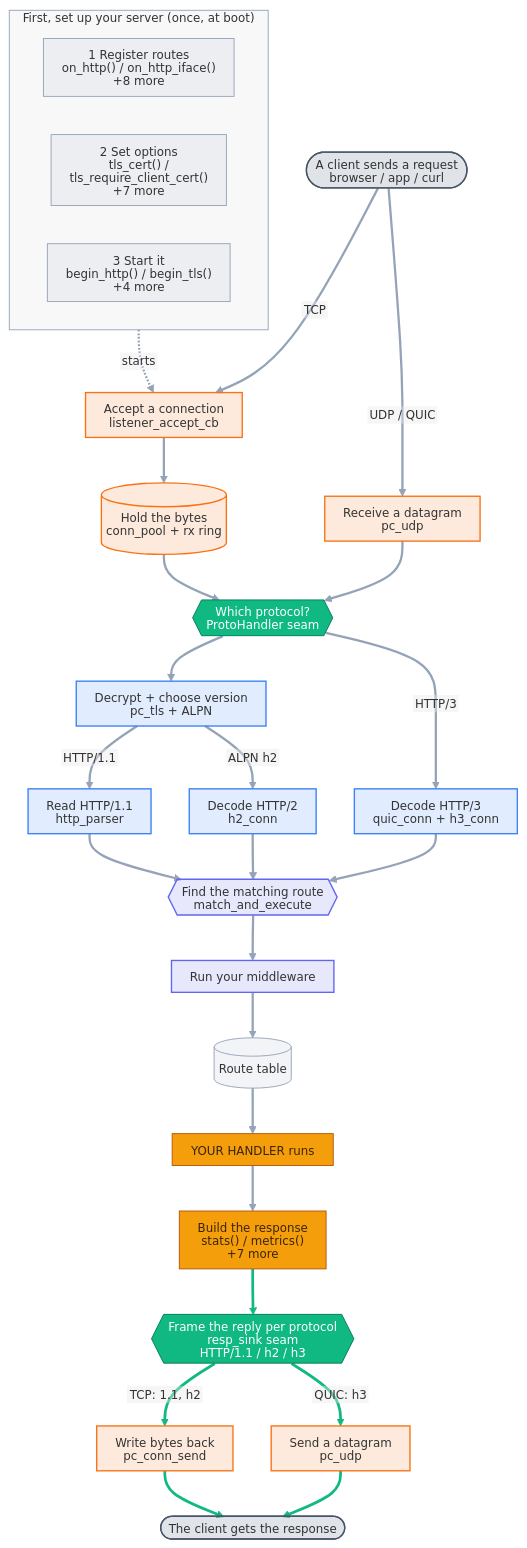
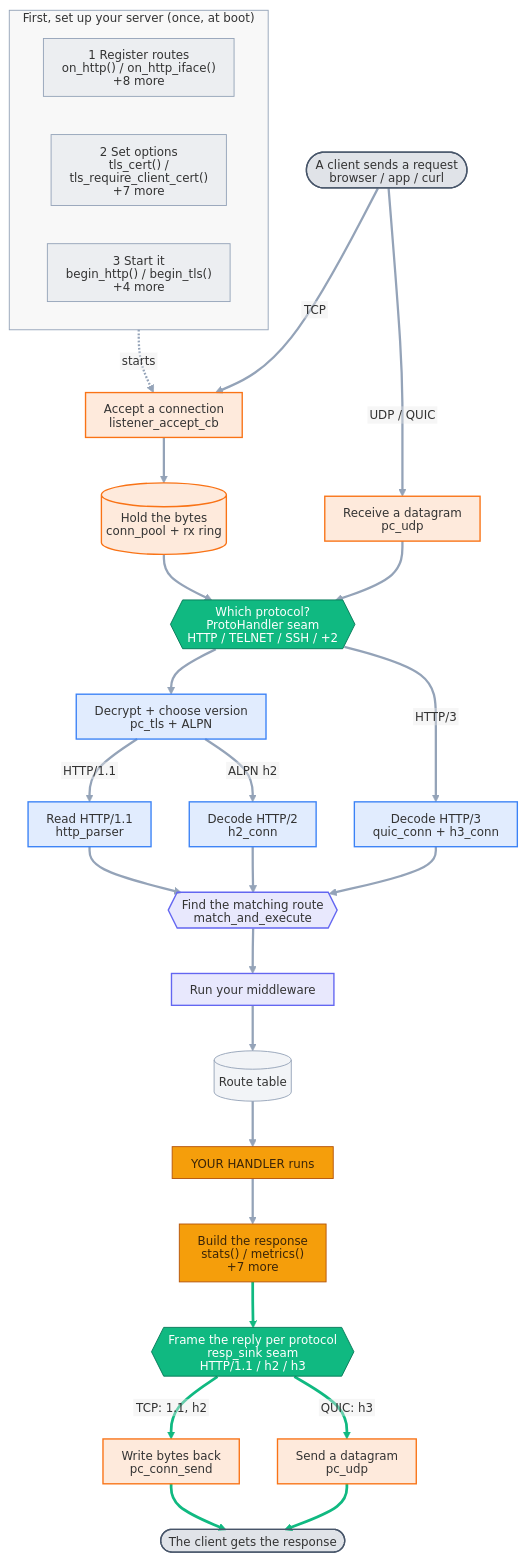
One commit to dstroy0/DeterministicESPAsyncWebServer changed the diagram in docs/diagrams/api_flow.mmd. Above: the diagram before and after it, drawn with Mermaid. The commit also changed 34 other files, not shown here.

```diff
--- a/docs/diagrams/api_flow.mmd
+++ b/docs/diagrams/api_flow.mmd
@@ -1,69 +1,69 @@
 %%{init: {'htmlLabels':false,'themeVariables':{'fontFamily':'sans-serif','fontSize':'13px','lineColor':'#94a3b8'},'flowchart':{'curve':'basis','nodeSpacing':42,'rankSpacing':50,'padding':10,'useMaxWidth':true,'htmlLabels':false}}}%%
 flowchart TB
-  %% Auto-generated from the public API, proto_builtins.cpp, and presentation/ on disk.
+  %% Auto-generated from the public API, proto_builtins.c, and presentation/ on disk.
   subgraph SETUP["First, set up your server (once, at boot)"]
     direction LR
     reg["1 Register routes<br/>on_http() / on_http_iface()<br/>+8 more"]
     cfg["2 Set options<br/>tls_cert() / tls_require_client_cert()<br/>+7 more"]
     run["3 Start it<br/>begin_http() / begin_tls()<br/>+4 more"]
   end
 
   cin(["A client sends a request<br/>browser / app / curl"])
   listen["Accept a connection<br/>listener_accept_cb"]
   ring[("Hold the bytes<br/>conn_pool + rx ring")]
   udprx["Receive a datagram<br/>pc_udp"]
-  seam{{"Which protocol?<br/>ProtoHandler seam<br/>"}}
+  seam{{"Which protocol?<br/>ProtoHandler seam<br/>HTTP / TELNET / SSH / +2"}}
   tls["Decrypt + choose version<br/>pc_tls + ALPN"]
   parser["Read HTTP/1.1<br/>http_parser"]
   h2["Decode HTTP/2<br/>h2_conn"]
   h3["Decode HTTP/3<br/>quic_conn + h3_conn"]
   mae{{"Find the matching route<br/>match_and_execute"}}
   mw["Run your middleware"]
   routes[("Route table")]
   handler["YOUR HANDLER runs"]
   resp["Build the response<br/>stats() / metrics()<br/>+7 more"]
   sink{{"Frame the reply per protocol<br/>resp_sink seam<br/>HTTP/1.1 / h2 / h3"}}
   consend["Write bytes back<br/>pc_conn_send"]
   udptx["Send a datagram<br/>pc_udp"]
   cout(["The client gets the response"])
 
   run -.->|starts| listen
   cin ==>|TCP| listen
   listen --> ring
   ring --> seam
   cin ==>|UDP / QUIC| udprx
   udprx --> seam
   seam --> tls
   tls -->|HTTP/1.1| parser
   tls -->|ALPN h2| h2
   seam -->|HTTP/3| h3
   parser --> mae
   h2 --> mae
   h3 --> mae
   mae --> mw
   mw --> routes
   routes --> handler
   handler --> resp
   resp --> sink
   sink -->|TCP: 1.1, h2| consend
   sink -->|QUIC: h3| udptx
   consend ==> cout
   udptx ==> cout
 
   class cin,cout ext;
   class reg,cfg,run,routes setup;
   class listen,ring,udprx,udptx,consend l4;
   class seam,sink seam;
   class tls,parser,h2,h3 l6;
   class mae,mw l7;
   class handler,resp you;
   classDef ext fill:#64748b33,stroke:#475569,stroke-width:1.5px;
   classDef setup fill:#94a3b81f,stroke:#94a3b8;
   classDef l4 fill:#f9731626,stroke:#f97316,stroke-width:1.5px;
   classDef seam fill:#10b981,stroke:#047857,color:#ffffff;
   classDef l6 fill:#3b82f626,stroke:#3b82f6,stroke-width:1.5px;
   classDef l7 fill:#6366f126,stroke:#6366f1,stroke-width:1.5px;
   classDef you fill:#f59e0b,stroke:#b45309,color:#3b2508;
   style SETUP fill:#8888880f,stroke:#94a3b8,stroke-width:1px;
   linkStyle default stroke-width:2.5px;
   linkStyle 17,18,19,20,21 stroke:#10b981,stroke-width:3px;
```
